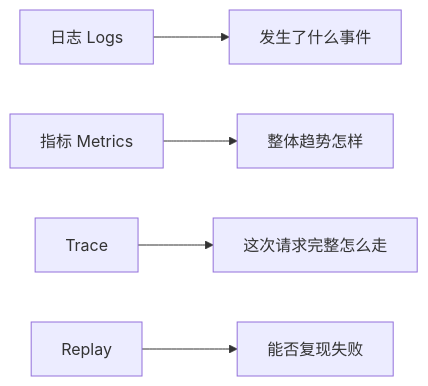
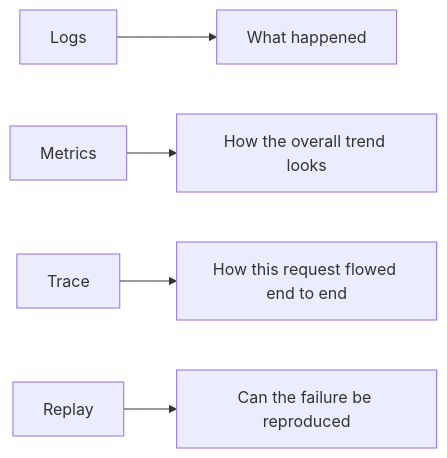
The first of 2 diagrams in docs/ch09-agent/ch08-eval-safety/05-observability.md (oudbiao/AI-fullstack-course), drawn with Mermaid before and after one commit. The commit also changed other lines of this file and 1406 other files, not shown here.

````diff
--- a/docs/ch09-agent/ch08-eval-safety/05-observability.md
+++ b/docs/ch09-agent/ch08-eval-safety/05-observability.md
@@ -25,7 +25,7 @@
 ```mermaid
 flowchart LR
-  A[日志 Logs] --> B[发生了什么事件]
-  C[指标 Metrics] --> D[整体趋势怎样]
-  E[Trace] --> F[这次请求完整怎么走]
-  G[Replay] --> H[能否复现失败]
+  A[Logs] --> B[What happened]
+  C[Metrics] --> D[How the overall trend looks]
+  E[Trace] --> F[How this request flowed end to end]
+  G[Replay] --> H[Can the failure be reproduced]
 ```
````
